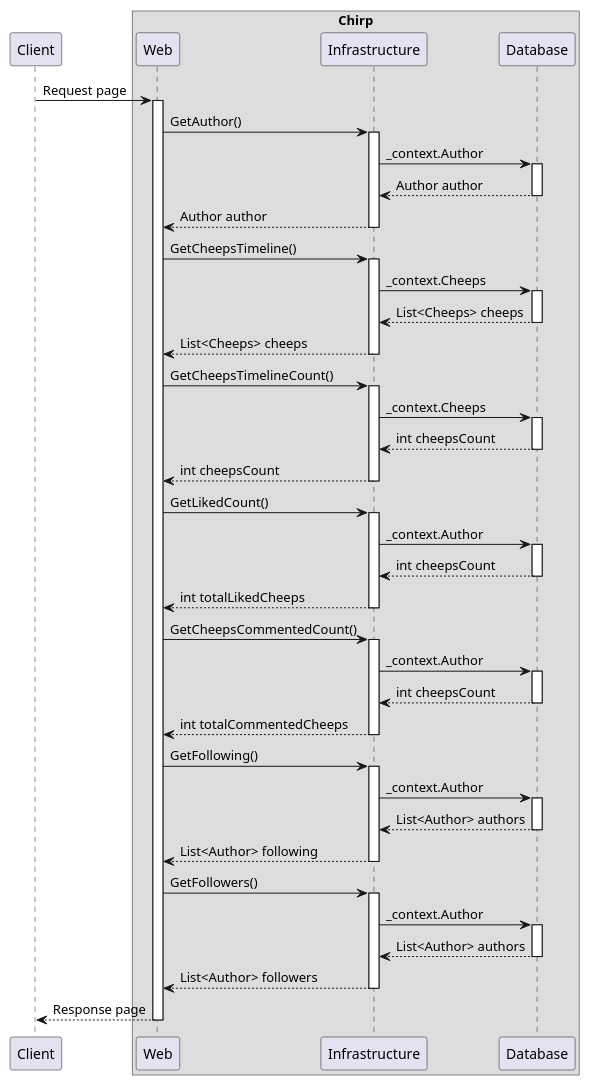
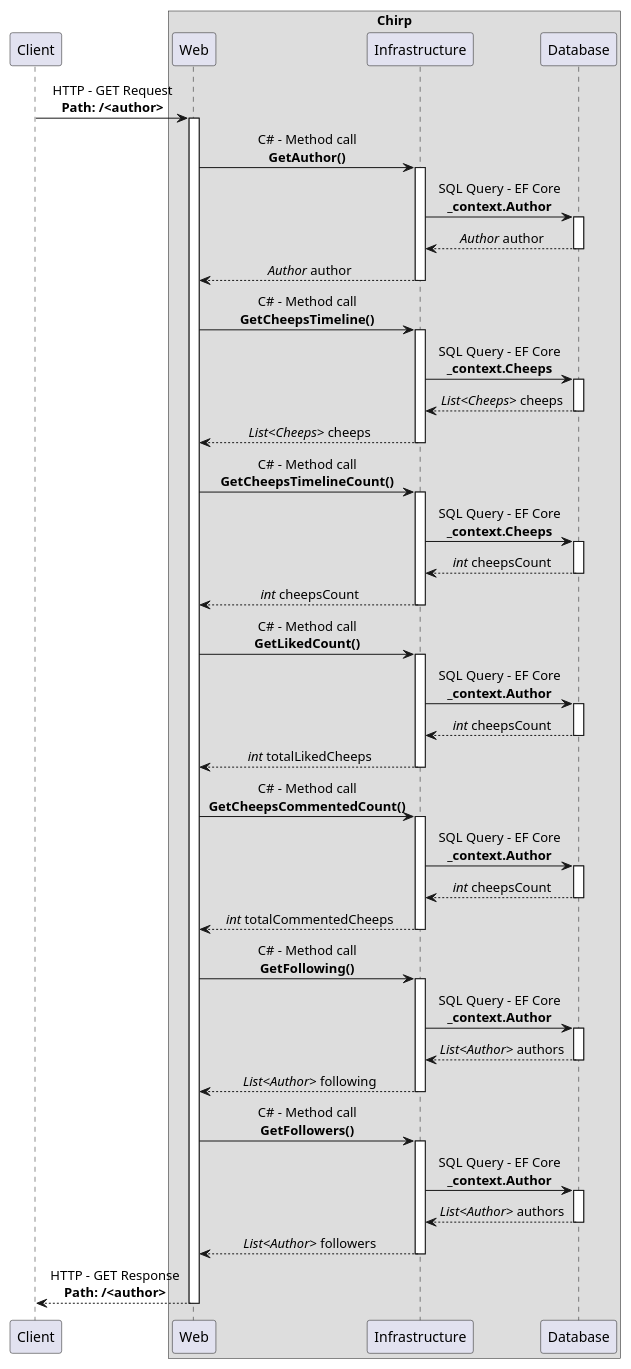
One commit to ITU-BDSA2024-GROUP17/Chirp changed the diagram in docs/diagrams/page-fetch-sequence-diagram.pu. Above: the diagram before and after it, drawn with PlantUML. The commit also changed 1 other file, not shown here.

Commit message:
Improve diagram clarity

```diff
--- a/docs/diagrams/page-fetch-sequence-diagram.pu
+++ b/docs/diagrams/page-fetch-sequence-diagram.pu
@@ -1,68 +1,70 @@
 @startuml page-fetch-sequence-diagram
 participant Client
 
 box Chirp
 participant Web
 participant Infrastructure
 participant Database
 end box
 
-Client -> Web ++ : Request page
+skinparam sequenceMessageAlign center
 
-Web -> Infrastructure ++ : GetAuthor()
+Client -> Web ++ : HTTP - GET Request\n**Path: /<author>**
 
-Infrastructure -> Database ++ : _context.Author
-return Author author
+Web -> Infrastructure ++ : C# - Method call\n**GetAuthor()**
 
-return Author author
+Infrastructure -> Database ++ : SQL Query - EF Core\n**_context.Author**
+return //Author// author
+
+return //Author// author
 
 
-Web -> Infrastructure ++ : GetCheepsTimeline()
+Web -> Infrastructure ++ : C# - Method call\n**GetCheepsTimeline()**
 
-Infrastructure -> Database ++ : _context.Cheeps
-return List<Cheeps> cheeps
+Infrastructure -> Database ++ : SQL Query - EF Core\n**_context.Cheeps**
+return //List<Cheeps>// cheeps
 
-return List<Cheeps> cheeps
+return //List<Cheeps>// cheeps
 
 
-Web -> Infrastructure ++ : GetCheepsTimelineCount()
+Web -> Infrastructure ++ : C# - Method call\n**GetCheepsTimelineCount()**
 
-Infrastructure -> Database ++ : _context.Cheeps
-return int cheepsCount
+Infrastructure -> Database ++ : SQL Query - EF Core\n**_context.Cheeps**
+return //int// cheepsCount
 
-return int cheepsCount
+return //int// cheepsCount
 
 
-Web -> Infrastructure ++ : GetLikedCount()
+Web -> Infrastructure ++ : C# - Method call\n**GetLikedCount()**
 
-Infrastructure -> Database ++ : _context.Author
-return int cheepsCount
+Infrastructure -> Database ++ : SQL Query - EF Core\n**_context.Author**
+return //int// cheepsCount
 
-return int totalLikedCheeps
+return //int// totalLikedCheeps
 
 
-Web -> Infrastructure ++ : GetCheepsCommentedCount()
+Web -> Infrastructure ++ : C# - Method call\n**GetCheepsCommentedCount()**
 
-Infrastructure -> Database ++ : _context.Author
-return int cheepsCount
+Infrastructure -> Database ++ : SQL Query - EF Core\n**_context.Author**
+return //int// cheepsCount
 
-return int totalCommentedCheeps
+return //int// totalCommentedCheeps
 
 
-Web -> Infrastructure ++ : GetFollowing()
+Web -> Infrastructure ++ : C# - Method call\n**GetFollowing()**
 
-Infrastructure -> Database ++ : _context.Author
-return List<Author> authors
+Infrastructure -> Database ++ : SQL Query - EF Core\n**_context.Author**
+return //List<Author>// authors
 
-return List<Author> following
+return //List<Author>// following
 
 
-Web -> Infrastructure ++ : GetFollowers()
+Web -> Infrastructure ++ : C# - Method call\n**GetFollowers()**
 
-Infrastructure -> Database ++ : _context.Author
-return List<Author> authors
+Infrastructure -> Database ++ : SQL Query - EF Core\n**_context.Author**
+return //List<Author>// authors
 
-return List<Author> followers
+return //List<Author>// followers
 
-return Response page
+return HTTP - GET Response\n**Path: /<author>**
 @enduml
```
